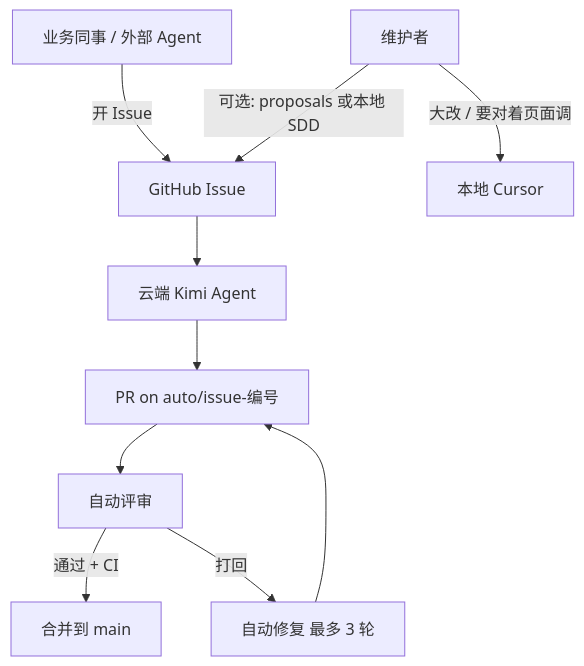
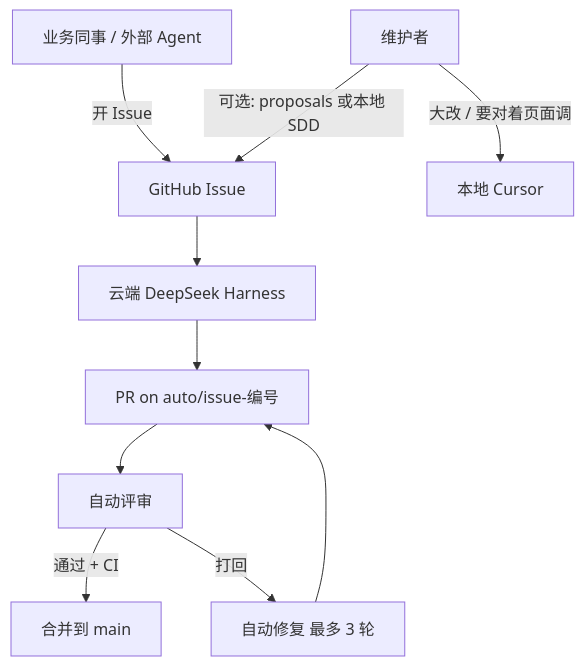
The diagram in docs/流水线全流程.md (GD-SaiKen/auto-dev), drawn with Mermaid before and after one commit. The commit also changed other lines of this file and 11 other files, not shown here.

Commit message:
refactor(流水线): 用 DeepSeek Harness 替代 Kimi CLI

````diff
--- a/docs/流水线全流程.md
+++ b/docs/流水线全流程.md
@@ -34,12 +34,12 @@
 ```mermaid
 flowchart TB
   biz[业务同事 / 外部 Agent] -->|开 Issue| gh[GitHub Issue]
   maint[维护者] -->|可选: proposals 或本地 SDD| gh
-  gh --> cloud[云端 Kimi Agent]
+  gh --> cloud[云端 DeepSeek Harness]
   cloud --> pr[PR on auto/issue-编号]
   pr --> review[自动评审]
   review -->|通过 + CI| merge[合并到 main]
   review -->|打回| fix[自动修复 最多 3 轮]
   fix --> pr
   maint -->|大改 / 要对着页面调| local[本地 Cursor]
 ```
````
